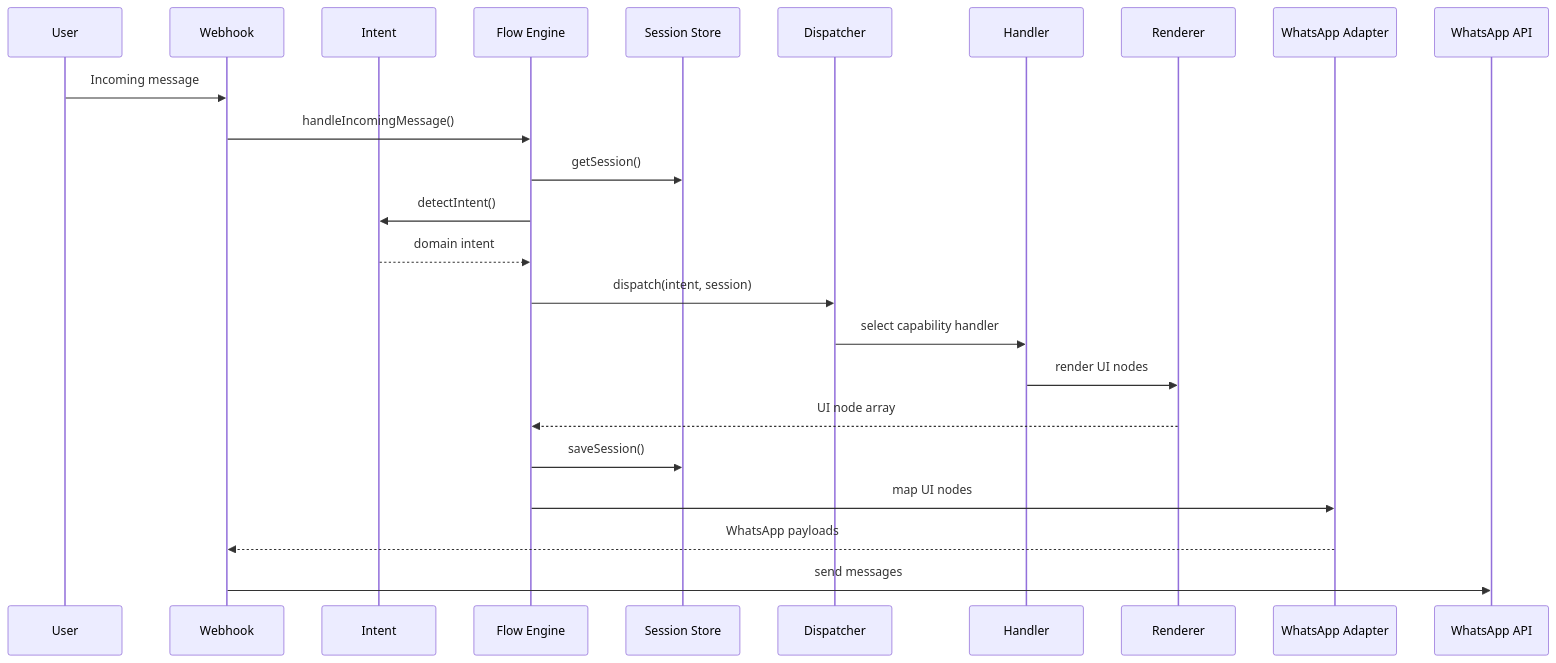
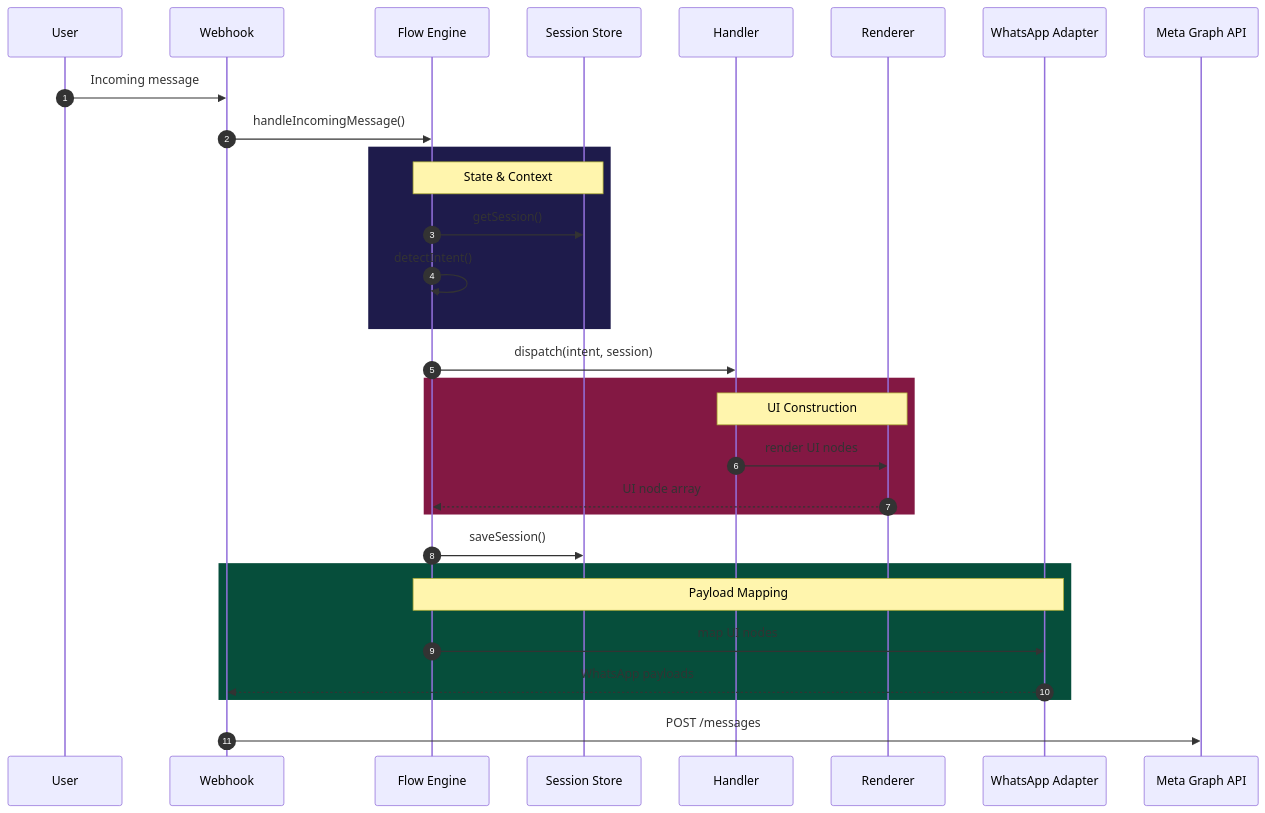
One commit to iamhashir/Customer_service_agent changed the second of 2 diagrams in docs/architecture.md. Above: the diagram before and after it, drawn with Mermaid. The commit also changed other lines of this file and 8 other files, not shown here.

````diff
--- a/docs/architecture.md
+++ b/docs/architecture.md
@@ -99,27 +43,39 @@
 ```mermaid
 sequenceDiagram
+    autonumber
     participant U as User
     participant W as Webhook
-    participant I as Intent
     participant R as Flow Engine
     participant S as Session Store
-    participant D as Dispatcher
     participant H as Handler
     participant N as Renderer
     participant T as WhatsApp Adapter
-    participant WA as WhatsApp API
+    participant WA as Meta Graph API
 
     U->>W: Incoming message
     W->>R: handleIncomingMessage()
-    R->>S: getSession()
-    R->>I: detectIntent()
-    I-->>R: domain intent
-    R->>D: dispatch(intent, session)
-    D->>H: select capability handler
-    H->>N: render UI nodes
-    N-->>R: UI node array
+    
+    rect rgb(30, 27, 75)
+        Note over R,S: State & Context
+        R->>S: getSession()
+        R->>R: detectIntent()
+    end
+    
+    R->>H: dispatch(intent, session)
+    
+    rect rgb(131, 24, 67)
+        Note over H,N: UI Construction
+        H->>N: render UI nodes
+        N-->>R: UI node array
+    end
+    
     R->>S: saveSession()
-    R->>T: map UI nodes
-    T-->>W: WhatsApp payloads
-    W->>WA: send messages
+    
+    rect rgb(6, 78, 59)
+        Note over R,T: Payload Mapping
+        R->>T: map UI nodes
+        T-->>W: WhatsApp payloads
+    end
+    
+    W->>WA: POST /messages
 ```
````
